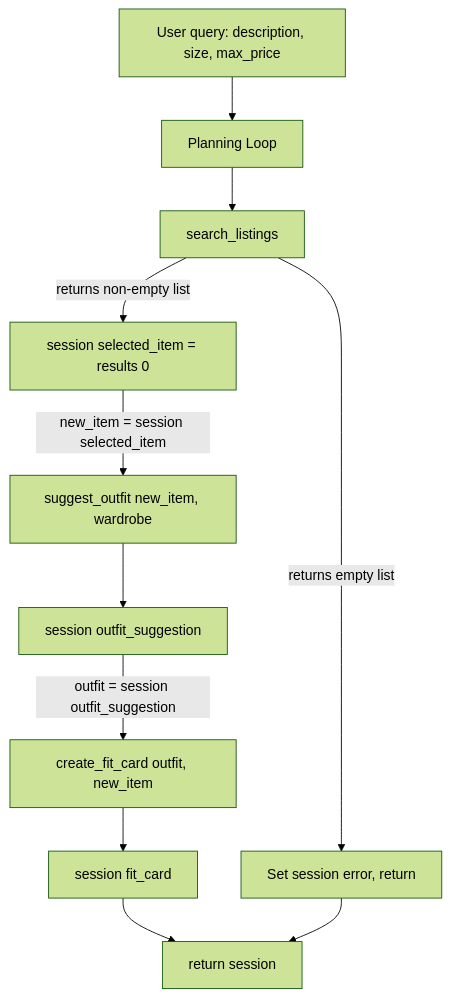
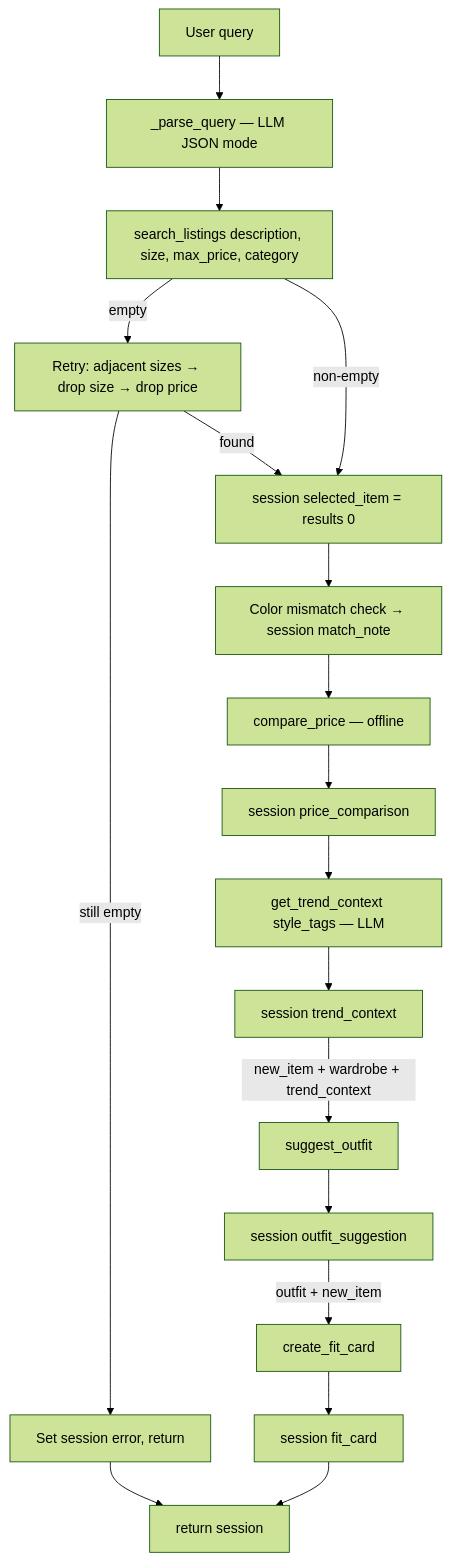
The diagram in planning.md (serena42/ai201-project2-fitfindr), drawn with Mermaid (forest theme) before and after one commit. The commit also changed other lines of this file, not shown here.

First line of the commit message:
Updated planning.md to fully document stretch features

````diff
--- a/planning.md
+++ b/planning.md
@@ -143,13 +164,20 @@
 ```mermaid
 flowchart TD
-    User[User query: description, size, max_price] --> Loop[Planning Loop]
-    Loop --> Search[search_listings]
-    Search -->|returns empty list| Err[Set session error, return]
-    Search -->|returns non-empty list| Store1[session selected_item = results 0]
-    Store1 -->|new_item = session selected_item| Suggest[suggest_outfit new_item, wardrobe]
-    Suggest --> Store2[session outfit_suggestion]
-    Store2 -->|outfit = session outfit_suggestion| Card[create_fit_card outfit, new_item]
-    Card --> Store3[session fit_card]
-    Store3 --> Return[return session]
+    User[User query] --> Parse[_parse_query — LLM JSON mode]
+    Parse --> Search[search_listings description, size, max_price, category]
+    Search -->|empty| Retry[Retry: adjacent sizes → drop size → drop price]
+    Retry -->|still empty| Err[Set session error, return]
+    Retry -->|found| Store1[session selected_item = results 0]
+    Search -->|non-empty| Store1
+    Store1 --> ColorCheck[Color mismatch check → session match_note]
+    ColorCheck --> Price[compare_price — offline]
+    Price --> Store2[session price_comparison]
+    Store2 --> Trend[get_trend_context style_tags — LLM]
+    Trend --> Store3[session trend_context]
+    Store3 -->|new_item + wardrobe + trend_context| Suggest[suggest_outfit]
+    Suggest --> Store4[session outfit_suggestion]
+    Store4 -->|outfit + new_item| Card[create_fit_card]
+    Card --> Store5[session fit_card]
+    Store5 --> Return[return session]
     Err --> Return
 ```
````
